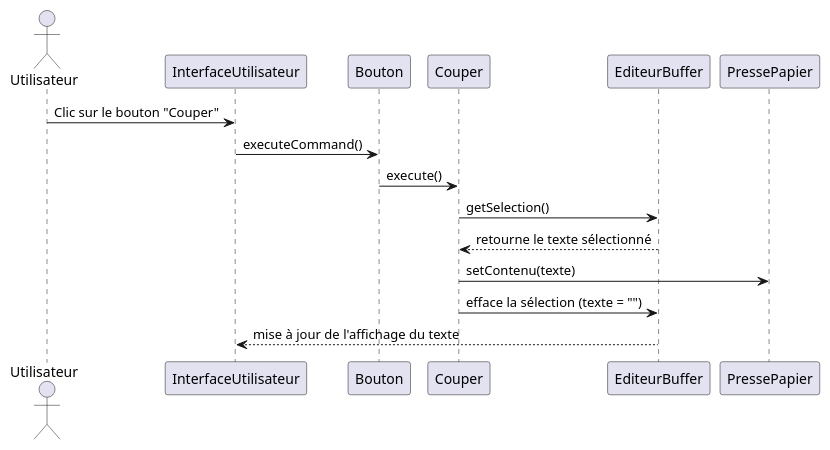
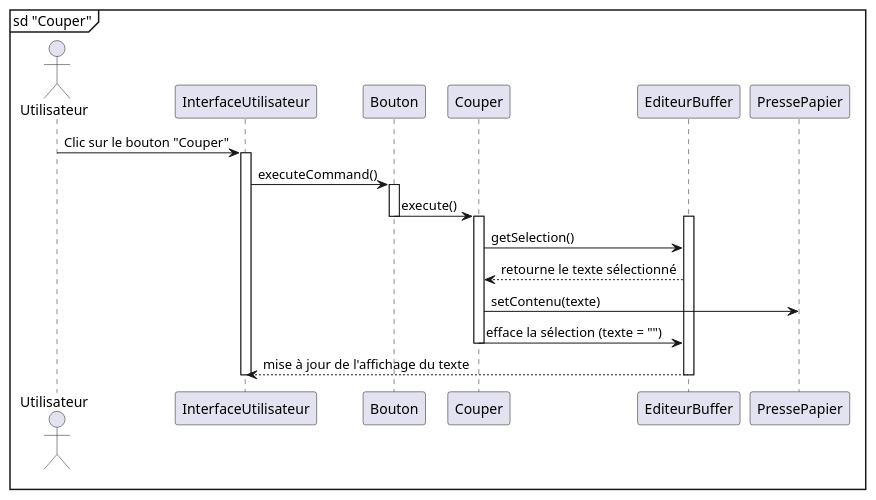
The diagram in Conception/V1/seq_couper.plantuml (eyasam/Mini--diteur-de-Texte---Design-Patterns), drawn with PlantUML before and after one commit.

```diff
--- a/Conception/V1/seq_couper.plantuml
+++ b/Conception/V1/seq_couper.plantuml
@@ -1,17 +1,30 @@
 @startuml
+mainframe sd "Couper"
+
 actor Utilisateur
+
 participant InterfaceUtilisateur
 participant Bouton
 participant Couper
 participant EditeurBuffer
 participant PressePapier
 
-Utilisateur -> InterfaceUtilisateur : Clic sur le bouton "Couper"
-InterfaceUtilisateur -> Bouton : executeCommand()
-Bouton -> Couper : execute()
+Utilisateur -> InterfaceUtilisateur :Clic sur le bouton "Couper"
+activate InterfaceUtilisateur
+
+InterfaceUtilisateur -> Bouton ++ :executeCommand()
+Bouton -> Couper --: execute()
+activate Couper
+activate EditeurBuffer
+
 Couper -> EditeurBuffer : getSelection()
 EditeurBuffer --> Couper : retourne le texte sélectionné
-Couper -> PressePapier : setContenu(texte)
-Couper -> EditeurBuffer : efface la sélection (texte = "")
+Couper -> PressePapier: setContenu(texte)
+
+Couper -> EditeurBuffer :efface la sélection (texte = "")
+deactivate Couper
+
 EditeurBuffer --> InterfaceUtilisateur : mise à jour de l'affichage du texte
+deactivate EditeurBuffer
+deactivate InterfaceUtilisateur
 @enduml
```
